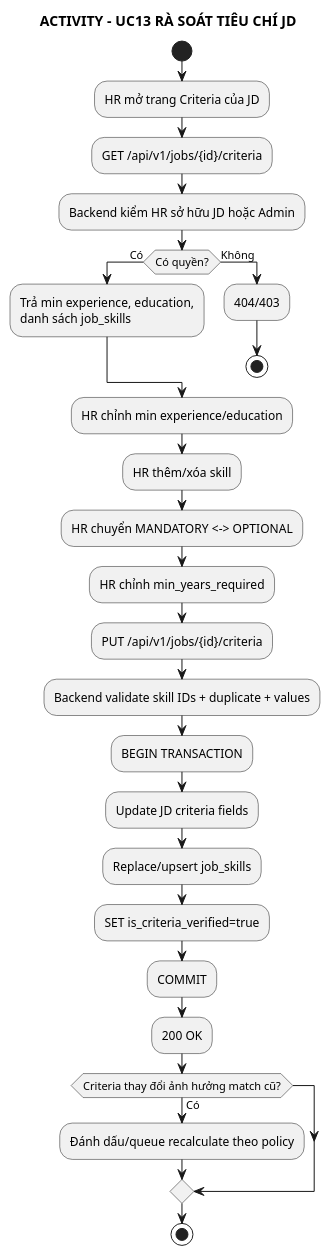
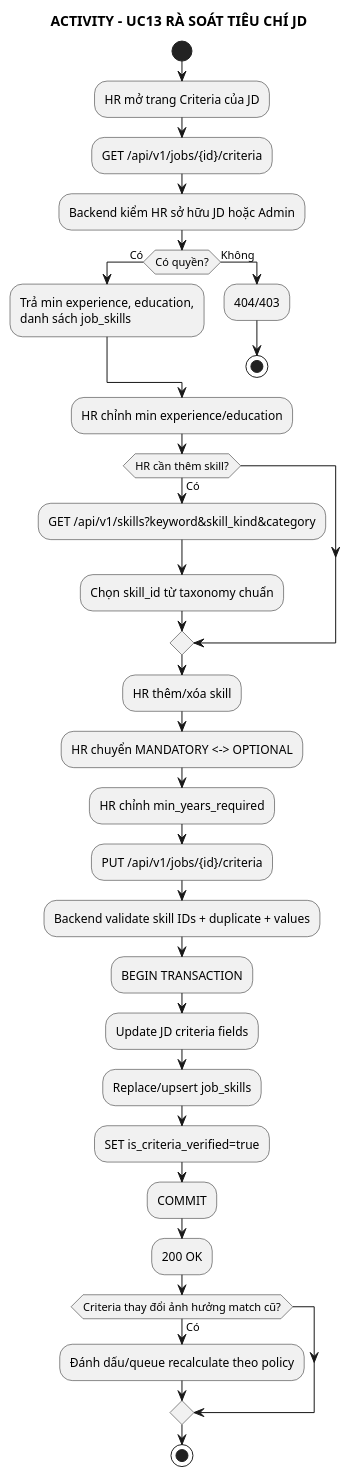
Before and after one commit to anh632k-ui/WebCVUngVienTuyenDung: the diagram in docs/03_activity/act_uc13_review_job_criteria.puml, drawn with PlantUML.

Commit message:
docs(pttk): align JD criteria review with taxonomy lookup

```diff
--- a/docs/03_activity/act_uc13_review_job_criteria.puml
+++ b/docs/03_activity/act_uc13_review_job_criteria.puml
@@ -1,36 +1,40 @@
 @startuml
 skinparam monochrome true
 skinparam shadowing false
 
 title ACTIVITY - UC13 RÀ SOÁT TIÊU CHÍ JD
 
 start
 :HR mở trang Criteria của JD;
 :GET /api/v1/jobs/{id}/criteria;
 :Backend kiểm HR sở hữu JD hoặc Admin;
 if (Có quyền?) then (Có)
   :Trả min experience, education,
   danh sách job_skills;
 else (Không)
   :404/403;
   stop
 endif
 
 :HR chỉnh min experience/education;
+if (HR cần thêm skill?) then (Có)
+  :GET /api/v1/skills?keyword&skill_kind&category;
+  :Chọn skill_id từ taxonomy chuẩn;
+endif
 :HR thêm/xóa skill;
 :HR chuyển MANDATORY <-> OPTIONAL;
 :HR chỉnh min_years_required;
 :PUT /api/v1/jobs/{id}/criteria;
 :Backend validate skill IDs + duplicate + values;
 :BEGIN TRANSACTION;
 :Update JD criteria fields;
 :Replace/upsert job_skills;
 :SET is_criteria_verified=true;
 :COMMIT;
 :200 OK;
 
 if (Criteria thay đổi ảnh hưởng match cũ?) then (Có)
   :Đánh dấu/queue recalculate theo policy;
 endif
 stop
 @enduml
```
